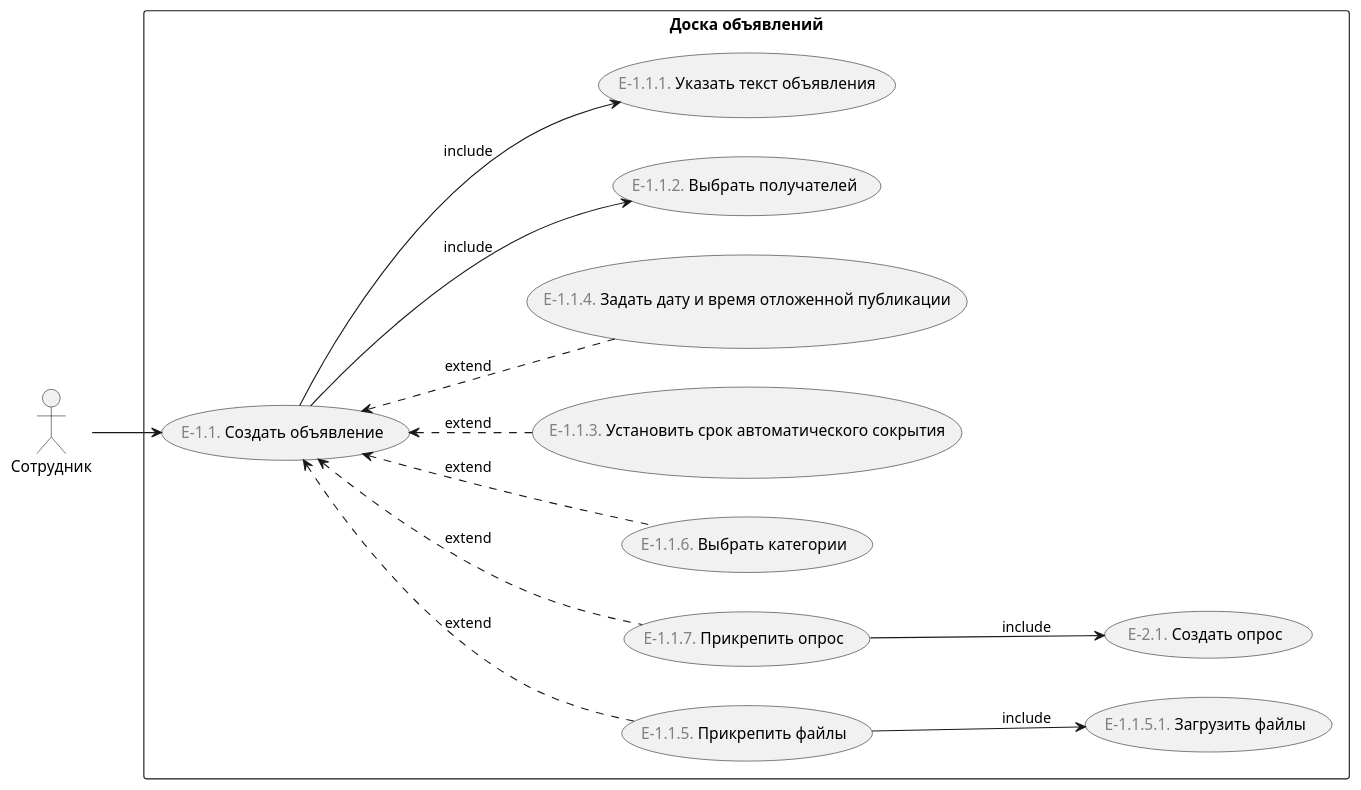
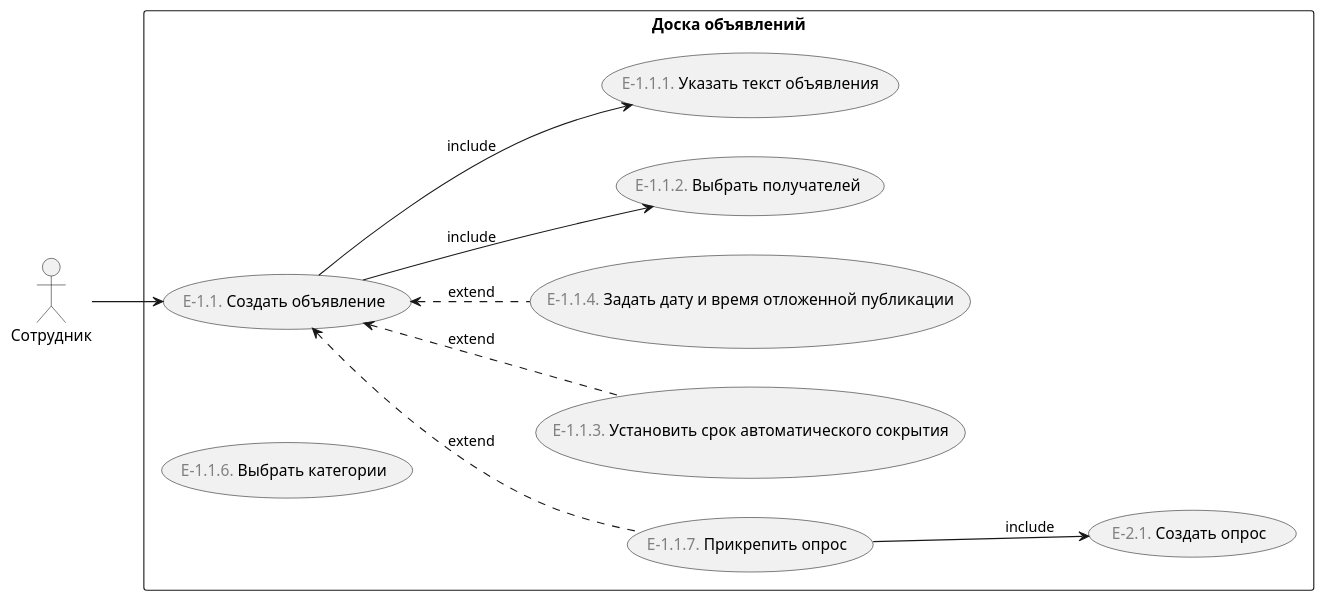
Before and after one commit to astu-app/ASTU-Bulletin-Board-Server: the diagram in doc/диаграммы/варианты-использования/создать-объявление.puml, drawn with PlantUML. The commit also changed 9 other files, not shown here.

Commit message:
Удалил нереализованные варианты использования и добавил один новый в диаграмму и пометил удаляемые и добавляемые варианты использования в файле с реестром вариантов использования.

```diff
--- a/doc/диаграммы/варианты-использования/создать-объявление.puml
+++ b/doc/диаграммы/варианты-использования/создать-объявление.puml
@@ -1,27 +1,23 @@
 @startuml
 'https://plantuml.com/use-case-diagram
 
 left to right direction
 
 :Сотрудник: as employee
 
 rectangle "Доска объявлений" {
     (<font color="gray">E-1.1.</font> Создать объявление) as create_announcement
-    (<font color="gray">E-1.1.5.</font> Прикрепить файлы) as add_files
     (<font color="gray">E-1.1.7.</font> Прикрепить опрос) as add_survey
     (<font color="gray">E-1.1.6.</font> Выбрать категории) as select_categories
 
     employee --> create_announcement
      
-    create_announcement <.. add_files : extend
     create_announcement <.. add_survey : extend
     create_announcement <.. (<font color="gray">E-1.1.3.</font> Установить срок автоматического сокрытия) : extend
     create_announcement <.. (<font color="gray">E-1.1.4.</font> Задать дату и время отложенной публикации) : extend
-    create_announcement <.. select_categories : extend
     create_announcement --> (<font color="gray">E-1.1.2.</font> Выбрать получателей) : include
     create_announcement --> (<font color="gray">E-1.1.1.</font> Указать текст объявления) : include
     
-    add_files --> (<font color="gray">E-1.1.5.1.</font> Загрузить файлы) : include
     add_survey --> (<font color="gray">E-2.1.</font> Создать опрос) : include
 }
 @enduml
```
